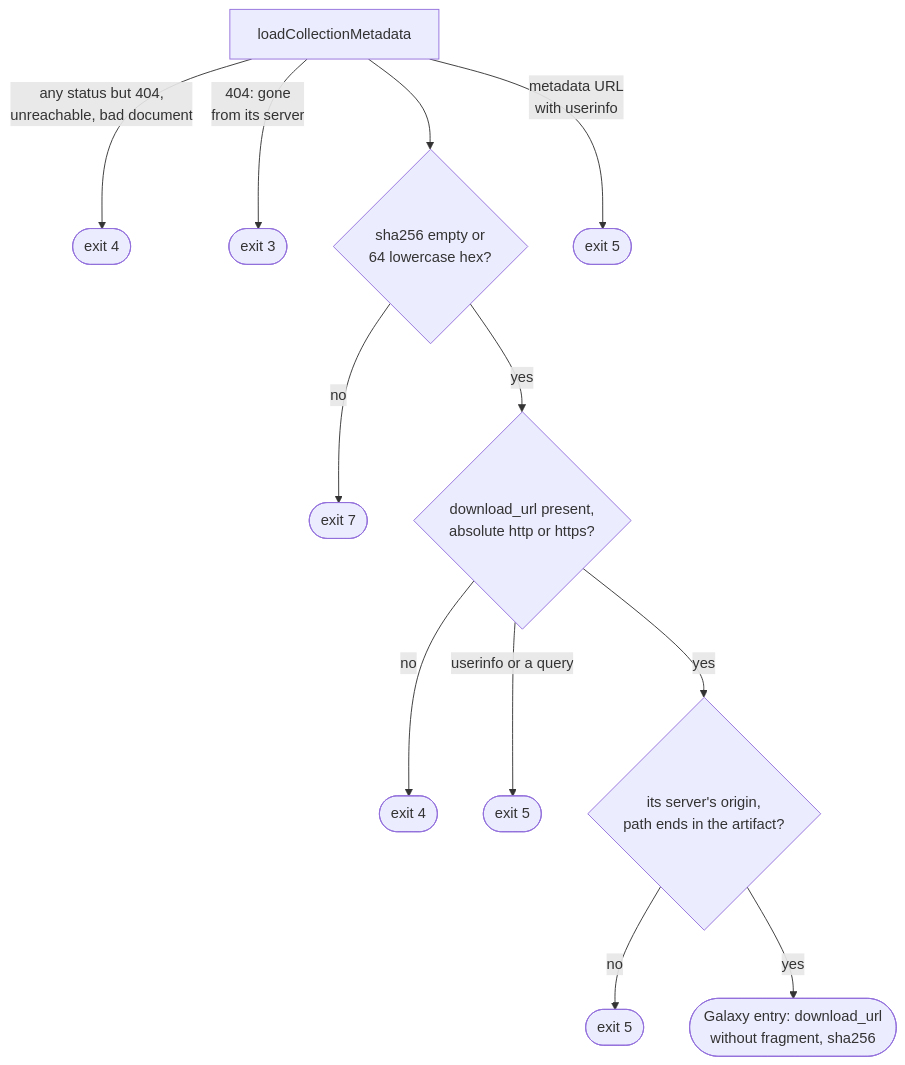
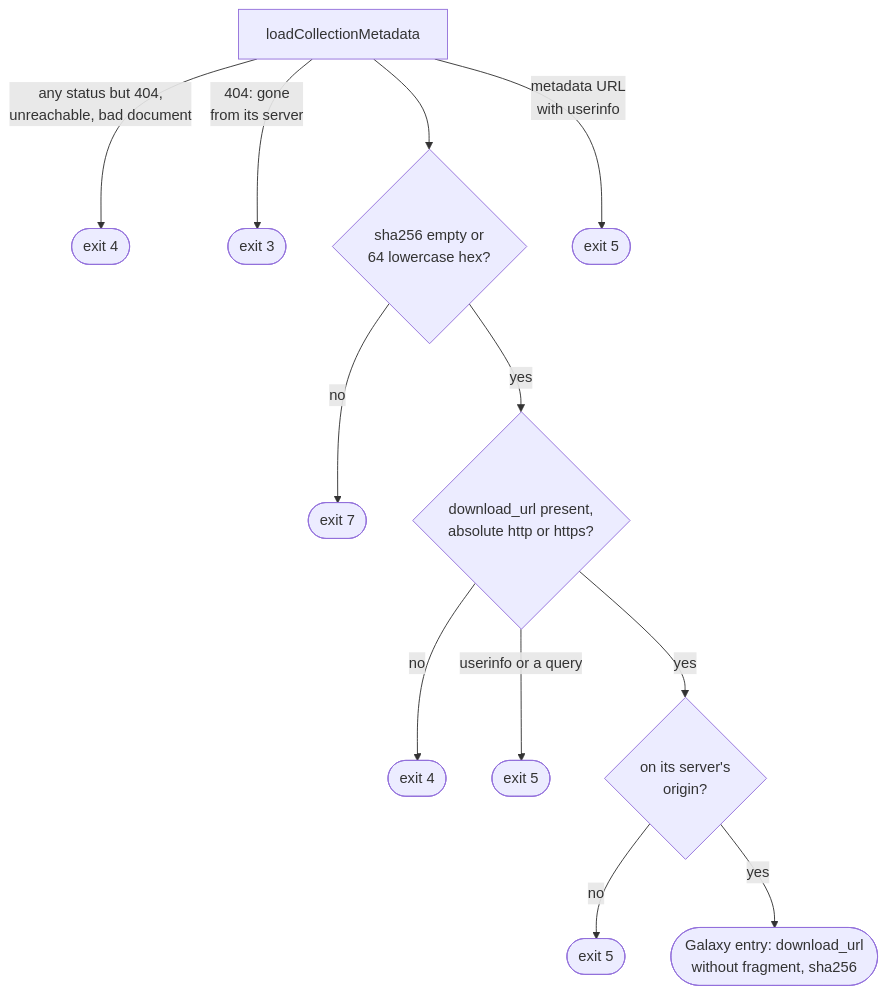
The third of 4 diagrams in docs/internals/flow-lock.md (greeddj/go-galaxy), drawn with Mermaid before and after one commit. The commit also changed other lines of this file and 21 other files, not shown here.

````diff
--- a/docs/internals/flow-lock.md
+++ b/docs/internals/flow-lock.md
@@ -57,14 +57,14 @@
 ```mermaid
 flowchart TD
   B7["loadCollectionMetadata"] -->|"any status but 404,<br/>unreachable, bad document"| X4(["exit 4"])
   B7 -->|"404: gone<br/>from its server"| X3(["exit 3"])
   B7 --> B8{"sha256 empty or<br/>64 lowercase hex?"}
   B7 -->|"metadata URL<br/>with userinfo"| X5(["exit 5"])
   B8 -->|"no"| X7(["exit 7"])
   B8 -->|"yes"| B9{"download_url present,<br/>absolute http or https?"}
   B9 -->|"no"| X4B(["exit 4"])
   B9 -->|"userinfo or a query"| X5B(["exit 5"])
-  B9 -->|"yes"| B10{"its server's origin,<br/>path ends in the artifact?"}
+  B9 -->|"yes"| B10{"on its server's<br/>origin?"}
   B10 -->|"no"| X5C(["exit 5"])
   B10 -->|"yes"| B13(["Galaxy entry: download_url<br/>without fragment, sha256"])
 ```
````
